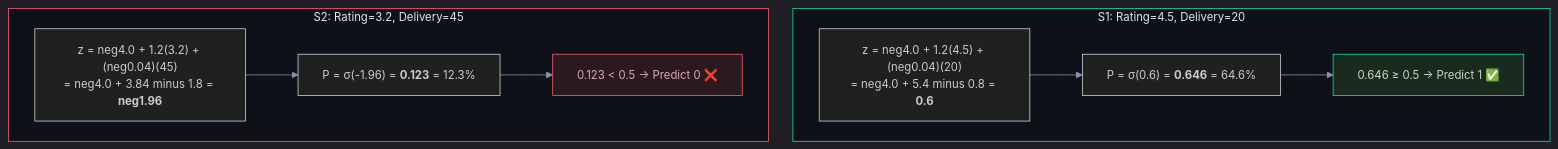
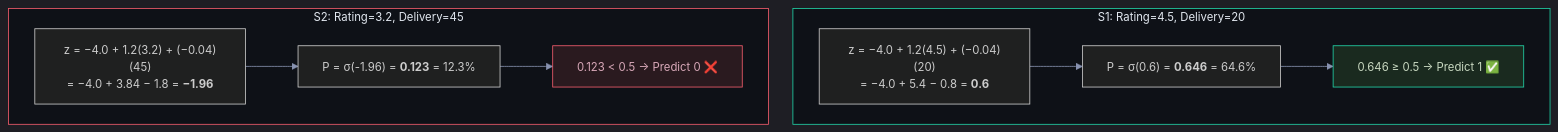
One commit to snehith1234/StudyCircle changed the second of 9 diagrams in Documents/Visual_Guides/ML_Concepts/Logistic_Regression_Visual.md. Above: the diagram before and after it, drawn with Mermaid. The commit also changed other lines of this file and 7 other files, not shown here.

Commit message:
Fix minus/neg in Mermaid: use proper − symbol instead of words

````diff
--- a/Documents/Visual_Guides/ML_Concepts/Logistic_Regression_Visual.md
+++ b/Documents/Visual_Guides/ML_Concepts/Logistic_Regression_Visual.md
@@ -60,20 +60,20 @@
 ```mermaid
 %%{init: {'theme': 'dark', 'themeVariables': {'darkMode': true, 'background': '#0e1117', 'primaryColor': '#1a1d2e', 'primaryTextColor': '#e2e8f0', 'primaryBorderColor': '#2d3148', 'lineColor': '#8892b0', 'secondaryColor': '#252840', 'tertiaryColor': '#1a1d2e', 'fontSize': '14px', 'edgeLabelBackground': '#0e1117'}, 'flowchart': {'nodeSpacing': 30, 'rankSpacing': 40, 'padding': 15, 'htmlLabels': true}}}%%
 graph TD
     subgraph STORE1["S1: Rating=4.5, Delivery=20"]
-        Z1["z = neg4.0 + 1.2(4.5) + (neg0.04)(20)<br/>= neg4.0 + 5.4 minus 0.8 = <b>0.6</b>"]
+        Z1["z = −4.0 + 1.2(4.5) + (−0.04)(20)<br/>= −4.0 + 5.4 − 0.8 = <b>0.6</b>"]
         Z1 --> P1["P = σ(0.6) = <b>0.646</b> = 64.6%"]
         P1 --> C1["0.646 ≥ 0.5 → Predict 1 ✅"]
     end
 
     subgraph STORE2["S2: Rating=3.2, Delivery=45"]
-        Z2["z = neg4.0 + 1.2(3.2) + (neg0.04)(45)<br/>= neg4.0 + 3.84 minus 1.8 = <b>neg1.96</b>"]
+        Z2["z = −4.0 + 1.2(3.2) + (−0.04)(45)<br/>= −4.0 + 3.84 − 1.8 = <b>−1.96</b>"]
         Z2 --> P2["P = σ(-1.96) = <b>0.123</b> = 12.3%"]
         P2 --> C2["0.123 < 0.5 → Predict 0 ❌"]
     end
 
     style STORE1 fill:#0e1117,stroke:#22d3a7,color:#e2e8f0
     style STORE2 fill:#0e1117,stroke:#f45d6d,color:#e2e8f0
     style C1 fill:#1a2a1f,stroke:#22d3a7,color:#c8d8c0
     style C2 fill:#2a1a1f,stroke:#f45d6d,color:#d8a8b8
 ```
````
